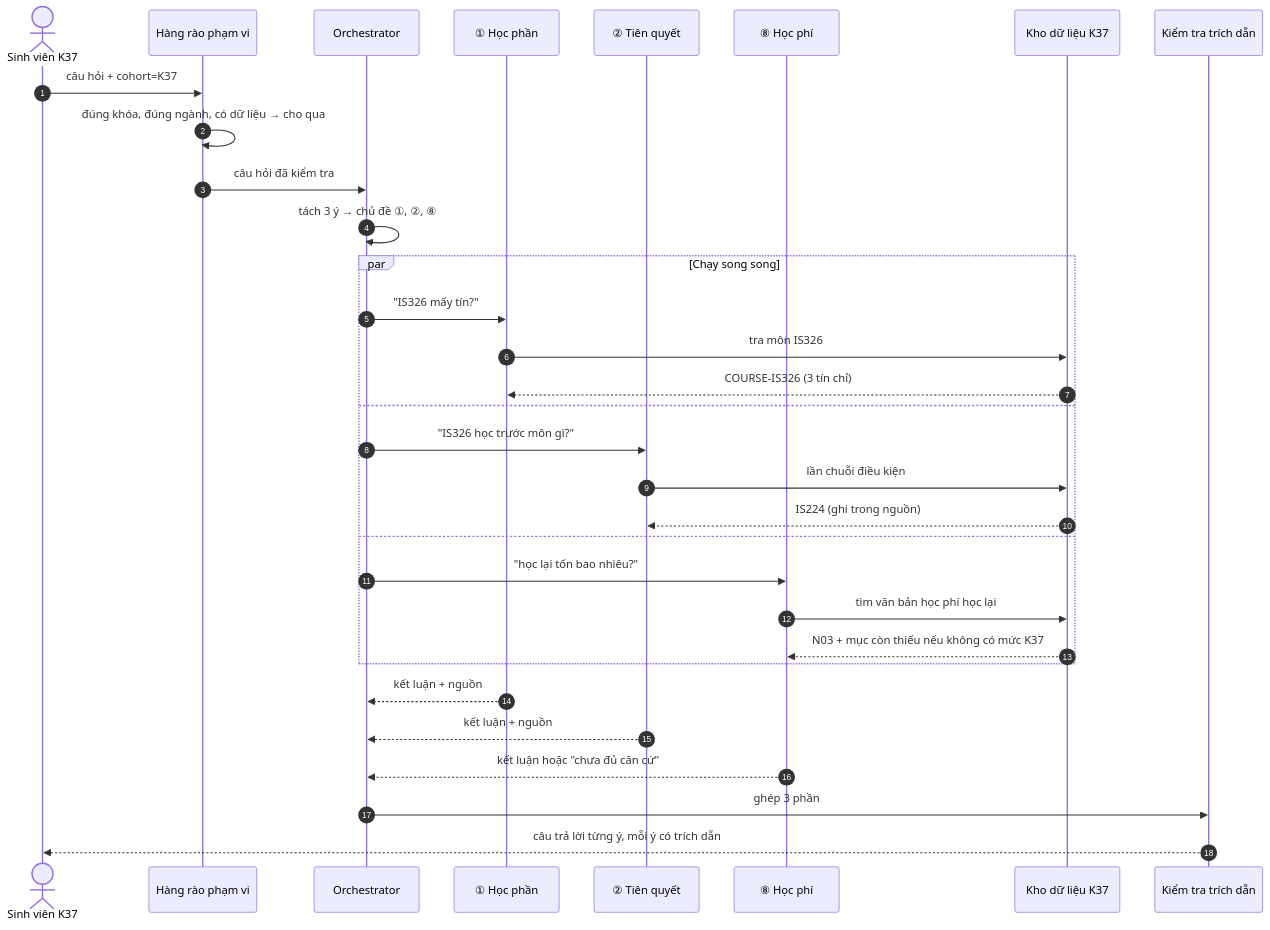
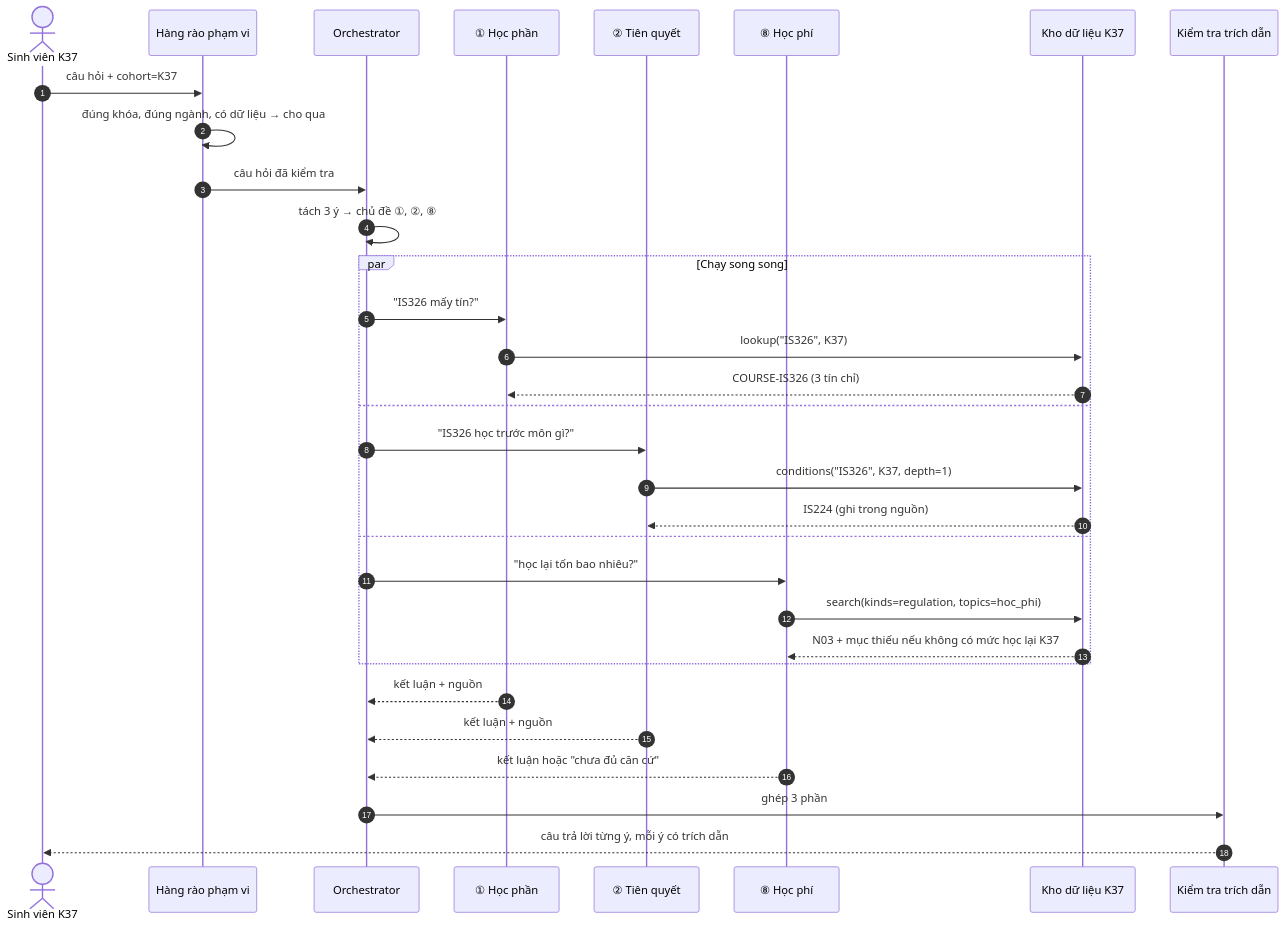
Before and after one commit to NammBinz/agentic-rag: the fourth of 6 diagrams in docs/AGENT_ROUTING.md, drawn with Mermaid. The commit also changed other lines of this file, not shown here.

````diff
--- a/docs/AGENT_ROUTING.md
+++ b/docs/AGENT_ROUTING.md
@@ -165,35 +165,35 @@
 ```mermaid
 sequenceDiagram
     autonumber
     actor SV as Sinh viên K37
     participant G as Hàng rào phạm vi
     participant O as Orchestrator
     participant A1 as ① Học phần
     participant A2 as ② Tiên quyết
     participant A8 as ⑧ Học phí
     participant KB as Kho dữ liệu K37
     participant V as Kiểm tra trích dẫn
 
     SV->>G: câu hỏi + cohort=K37
     G->>G: đúng khóa, đúng ngành, có dữ liệu → cho qua
     G->>O: câu hỏi đã kiểm tra
     O->>O: tách 3 ý → chủ đề ①, ②, ⑧
     par Chạy song song
         O->>A1: "IS326 mấy tín?"
-        A1->>KB: tra môn IS326
+        A1->>KB: lookup("IS326", K37)
         KB-->>A1: COURSE-IS326 (3 tín chỉ)
     and
         O->>A2: "IS326 học trước môn gì?"
-        A2->>KB: lần chuỗi điều kiện
+        A2->>KB: conditions("IS326", K37, depth=1)
         KB-->>A2: IS224 (ghi trong nguồn)
     and
         O->>A8: "học lại tốn bao nhiêu?"
-        A8->>KB: tìm văn bản học phí học lại
-        KB-->>A8: N03 + mục còn thiếu nếu không có mức K37
+        A8->>KB: search(kinds=regulation, topics=hoc_phi)
+        KB-->>A8: N03 + mục thiếu nếu không có mức học lại K37
     end
     A1-->>O: kết luận + nguồn
     A2-->>O: kết luận + nguồn
     A8-->>O: kết luận hoặc "chưa đủ căn cứ"
     O->>V: ghép 3 phần
     V-->>SV: câu trả lời từng ý, mỗi ý có trích dẫn
 ```
````
